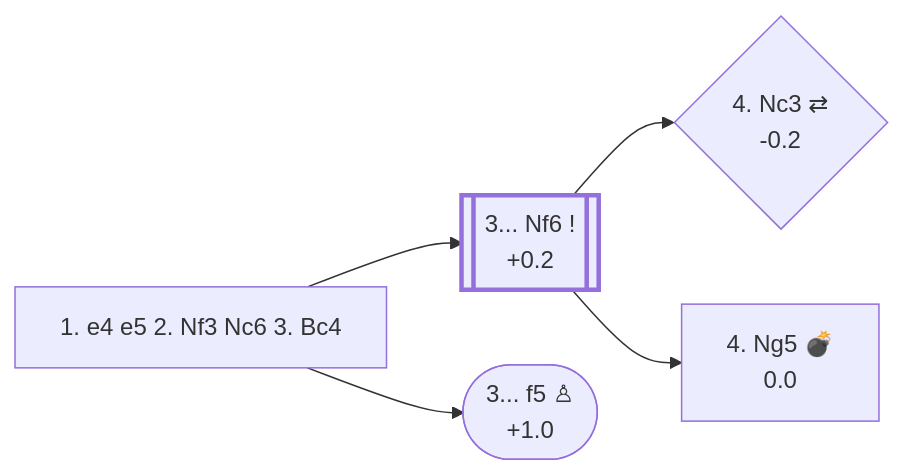
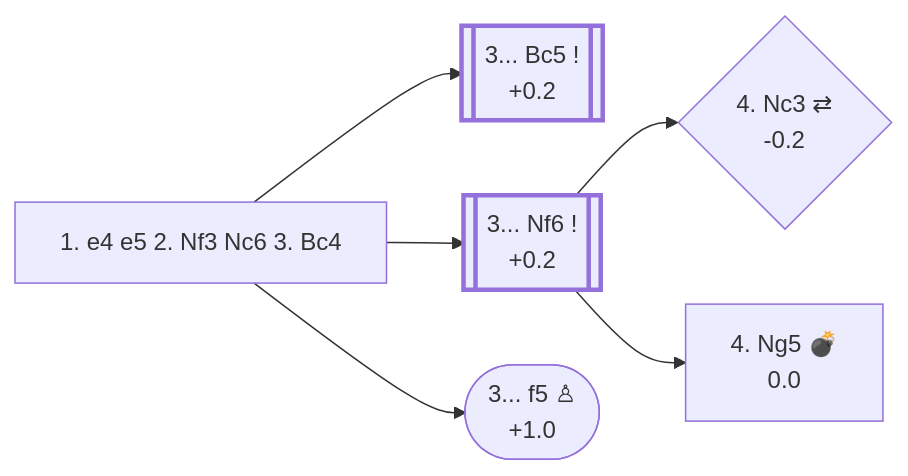
The diagram in e4_openings/C50_Italian.md (onclemarcel/chess_flashcards), drawn with Mermaid before and after one commit. The commit also changed other lines of this file and 17 other files, not shown here.

````diff
--- a/e4_openings/C50_Italian.md
+++ b/e4_openings/C50_Italian.md
@@ -12,17 +12,19 @@
 ```mermaid
 flowchart LR
     classDef main stroke-width:3px;
 
     Bc4["1. e4 e5 2. Nf3 Nc6 3. Bc4"]
     click Bc4 "#_initial_move_" "C50 · Italian Game"
 
+    Bc4 --> Bc5[["3... Bc5 !<br/>+0.2"]]:::main
+    click Bc5 "https://github.com/onclemarcel/chess_flashcards/blob/main/e4_openings/C50_Giuoco_Piano.md" "C50 · Italian Game: Giuoco Piano"
     Bc4 --> Nf6[["3... Nf6 !<br/>+0.2"]]:::main
     click Nf6 "#_Nf6_" "C55 · Italian Game: Two Knights Defense"
     Bc4 --> f5(["3... f5 ♙<br/>+1.0"])
     click f5 "https://github.com/onclemarcel/chess_flashcards/blob/main/gambits/Rousseau/Rousseau.md" "C50 · Italian Game: Rousseau Gambit"
 
     Nf6 --> Nc3{"4. Nc3 ⇄<br/>-0.2"}
     click Nc3 "https://github.com/onclemarcel/chess_flashcards/blob/main/e4_openings/C47_Four_Knights_Game.md" "C47 · Four Knights Game: Italian Variation"
     Nf6 --> Ng5["4. Ng5 💣<br/>0.0"]
     click Ng5 "#_Fried_Liver_" "C57 · Italian Game: Two Knights Defense, Knight Attack"
 ```
````
